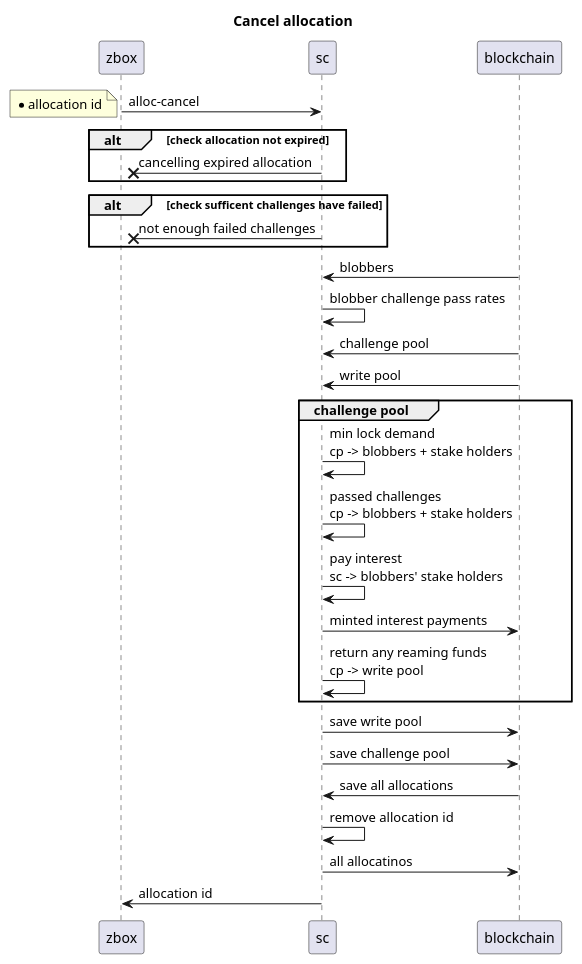
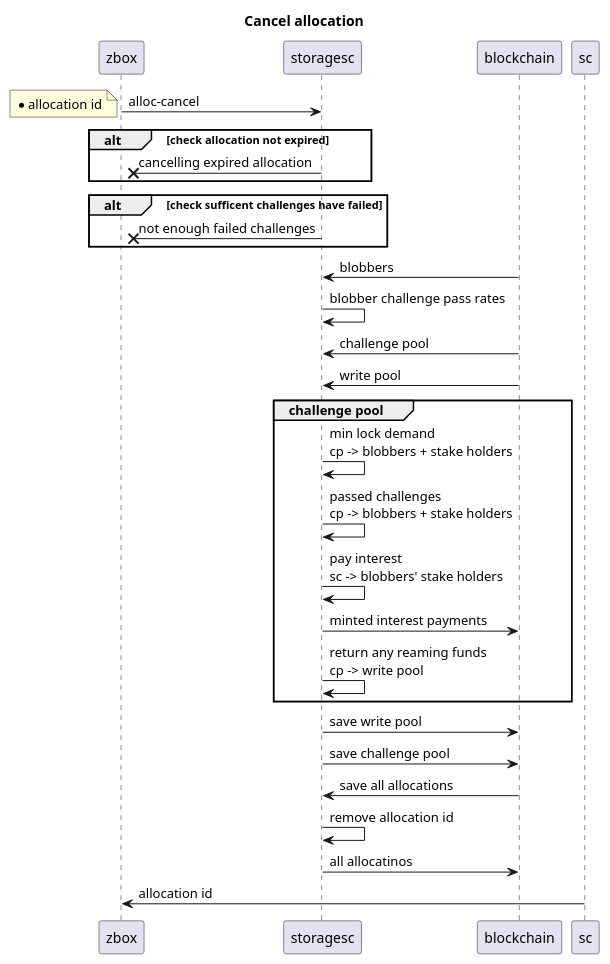
Diagram 21 of 32 in documents/uml.md (0chain/zboxcli), drawn with PlantUML before and after one commit. The commit also changed other lines of this file and 1 other file, not shown here.

````diff
--- a/documents/uml.md
+++ b/documents/uml.md
@@ -458,30 +458,30 @@
  ```puml
 title Cancel allocation
-zbox -> sc : alloc-cancel 
+zbox ->storagesc: alloc-cancel 
 note left
     * allocation id
 end note
     alt check allocation not expired
-        sc ->x zbox : cancelling expired allocation
+       storagesc->x zbox : cancelling expired allocation
     end
     alt check sufficent challenges have failed
-        sc ->x zbox : not enough failed challenges
+       storagesc->x zbox : not enough failed challenges
     end
-    blockchain -> sc :blobbers
-    sc -> sc : blobber challenge pass rates
-    blockchain -> sc : challenge pool
-    blockchain -> sc : write pool   
+    blockchain ->storagesc:blobbers
+   storagesc->storagesc: blobber challenge pass rates
+    blockchain ->storagesc: challenge pool
+    blockchain ->storagesc: write pool   
     group challenge pool
-        sc -> sc : min lock demand\ncp -> blobbers + stake holders
-        sc -> sc : passed challenges\ncp -> blobbers + stake holders
-        sc -> sc : pay interest\nsc -> blobbers' stake holders 
-        sc -> blockchain : minted interest payments
-        sc -> sc : return any reaming funds\ncp -> write pool
+       storagesc->storagesc: min lock demand\ncp -> blobbers + stake holders
+       storagesc->storagesc: passed challenges\ncp -> blobbers + stake holders
+       storagesc->storagesc: pay interest\nsc -> blobbers' stake holders 
+       storagesc-> blockchain : minted interest payments
+       storagesc->storagesc: return any reaming funds\ncp -> write pool
     end
-    sc -> blockchain : save write pool
-    sc -> blockchain : save challenge pool
-    blockchain -> sc : save all allocations
-    sc -> sc : remove allocation id 
-    sc -> blockchain : all allocatinos    
+   storagesc-> blockchain : save write pool
+   storagesc-> blockchain : save challenge pool
+    blockchain ->storagesc: save all allocations
+   storagesc->storagesc: remove allocation id 
+   storagesc-> blockchain : all allocatinos    
 sc -> zbox : allocation id 
 ```
````
